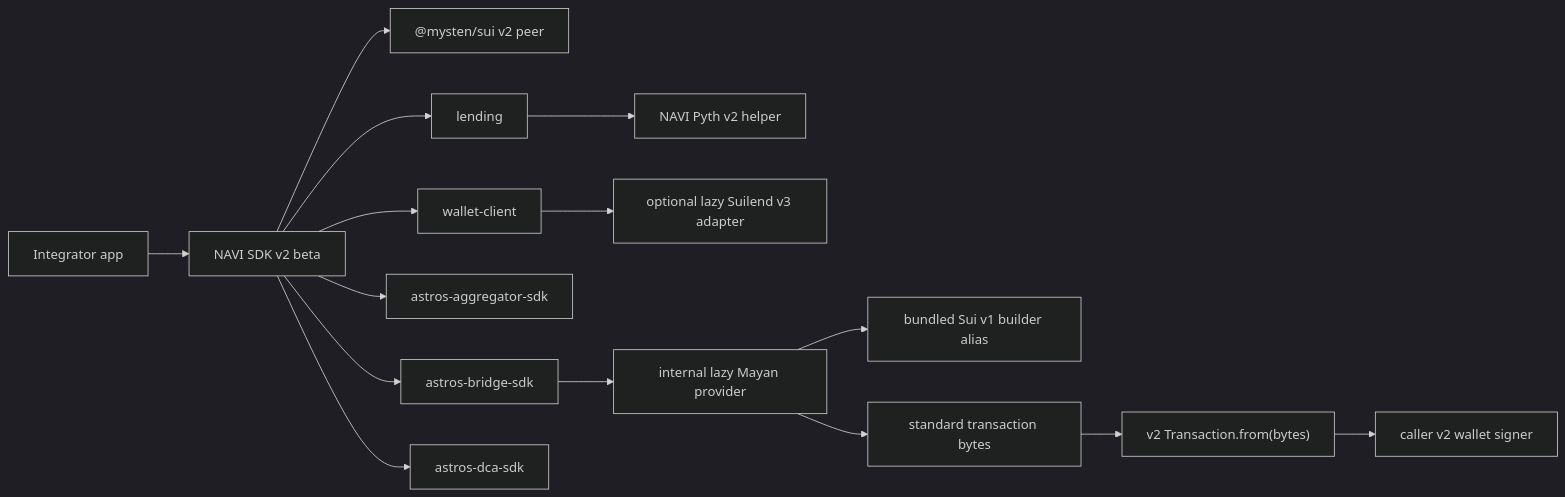
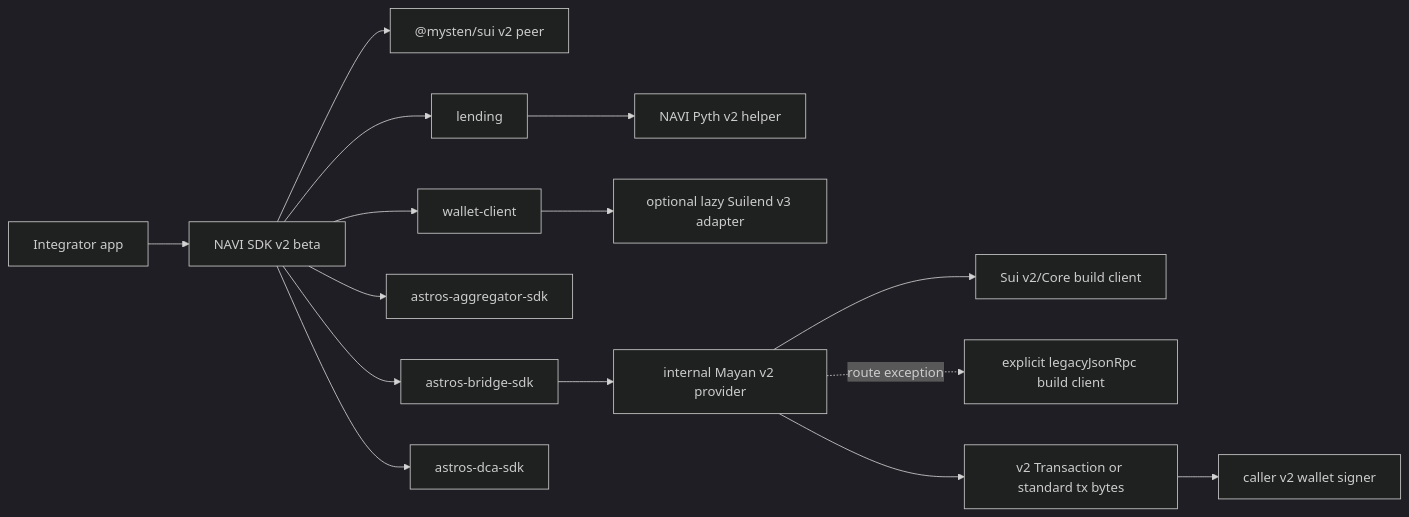
One commit to naviprotocol/naviprotocol-monorepo changed the first of 2 diagrams in docs/sui-sdk-v2-upgrade/plan.md. Above: the diagram before and after it, drawn with Mermaid (dark theme). The commit also changed other lines of this file and 2 other files, not shown here.

Commit message:
docs(sdk): align sui v2 technical docs

````diff
--- a/docs/sui-sdk-v2-upgrade/plan.md
+++ b/docs/sui-sdk-v2-upgrade/plan.md
@@ -46,18 +64,18 @@
 ```mermaid
 flowchart LR
   App["Integrator app"] --> SDK["NAVI SDK v2 beta"]
   SDK --> SuiV2["@mysten/sui v2 peer"]
   SDK --> Lending["lending"]
   SDK --> Wallet["wallet-client"]
   SDK --> Aggregator["astros-aggregator-sdk"]
   SDK --> Bridge["astros-bridge-sdk"]
   SDK --> DCA["astros-dca-sdk"]
 
   Lending --> Pyth["NAVI Pyth v2 helper"]
   Wallet --> Suilend["optional lazy Suilend v3 adapter"]
-  Bridge --> Mayan["internal lazy Mayan provider"]
-  Mayan --> SuiV1["bundled Sui v1 builder alias"]
-  Mayan --> Bytes["standard transaction bytes"]
-  Bytes --> TxV2["v2 Transaction.from(bytes)"]
+  Bridge --> Mayan["internal Mayan v2 provider"]
+  Mayan --> CoreBuild["Sui v2/Core build client"]
+  Mayan -.route exception.-> LegacyBuild["explicit legacyJsonRpc build client"]
+  Mayan --> TxV2["v2 Transaction or standard tx bytes"]
   TxV2 --> Signer["caller v2 wallet signer"]
 ```
````
